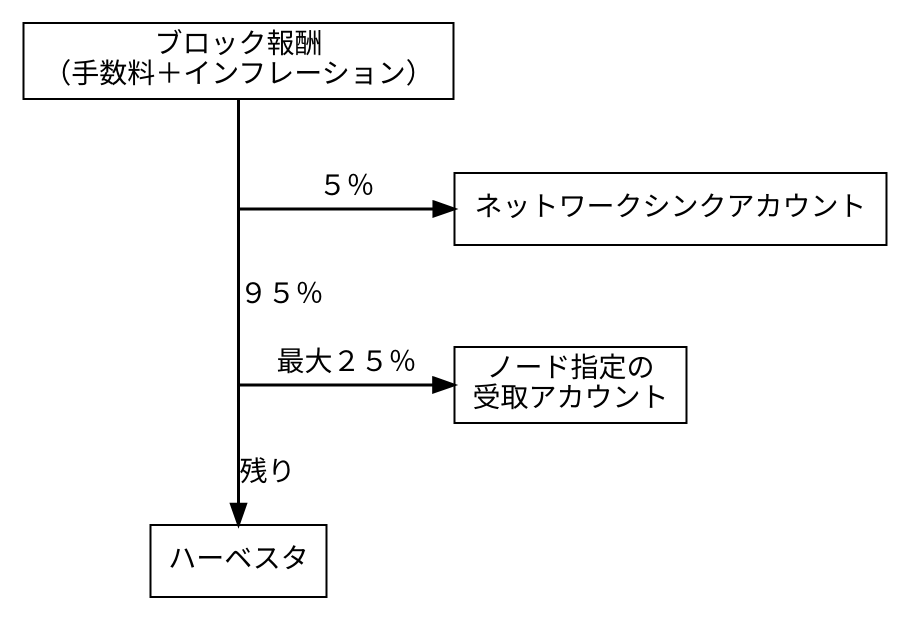
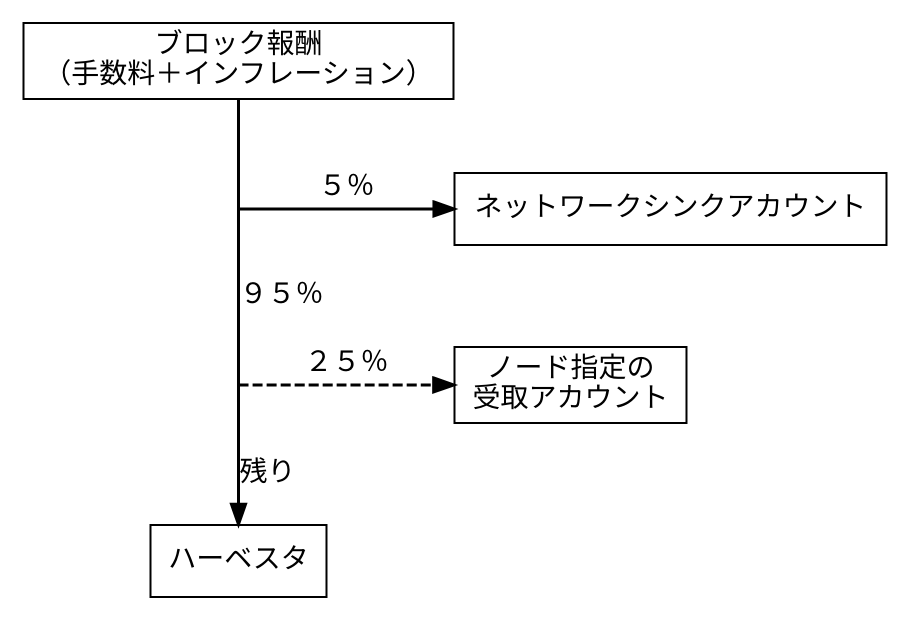
Before and after one commit to symbol/symbol: the diagram in mkdocs/pages/ja/textbook/harvesting.md, drawn with Graphviz. The commit also changed other lines of this file, not shown here.

````diff
--- a/mkdocs/pages/ja/textbook/harvesting.md
+++ b/mkdocs/pages/ja/textbook/harvesting.md
@@ -168,23 +168,23 @@
 ```dot
 digraph RewardDistribution {
     node [shape=box]
     edge [penwidth=1.5]
 
     BlockRewards [label="ブロック報酬\n（手数料＋インフレーション）"]
     Harvester [label="ハーベスタ" URL="#harvester"]
     Sink [label="ネットワークシンクアカウント" URL="#sink"]
     Beneficiary [label="ノード指定の\n受取アカウント" URL="#beneficiary"]
 
     T1 [shape=point width=0 height=0]
     T2 [shape=point width=0 height=0]
 
     BlockRewards -> T1:s [dir=none];
     T1 -> T2:s [label="９５％" weight=2 dir=none];
     T1 -> Sink [label="５％" minlen=3];
     T2 -> Harvester [label="残り" weight=2];
-    T2 -> Beneficiary [label="最大２５％" minlen=3];
+    T2 -> Beneficiary [label="２５％" minlen=3 style=dashed];
 
     {rank=same; T1; Sink;}
     {rank=same; T2; Beneficiary;}
 }
 ```
````
